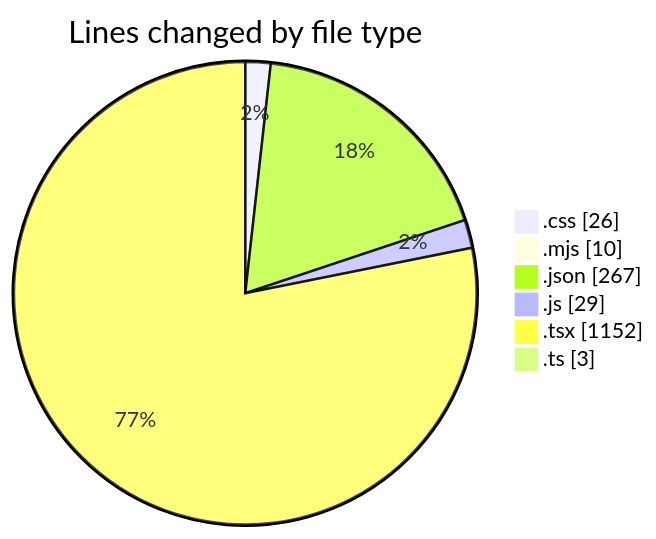
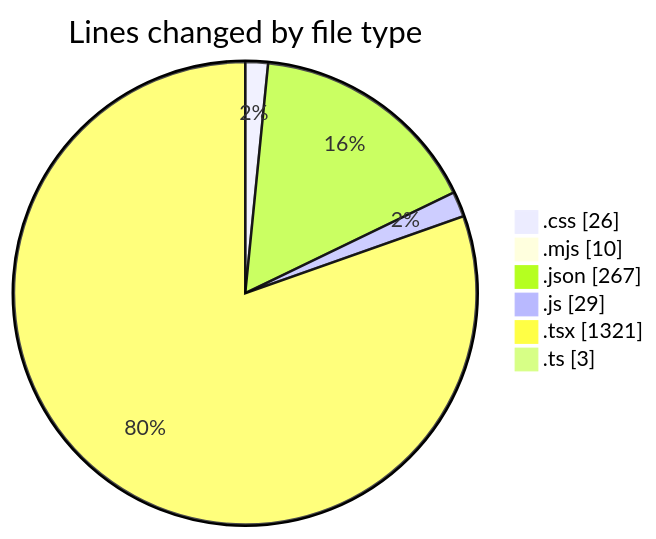
Before and after one commit to Ritupan-Deka/code-tracking: the first of 2 diagrams in 2025-06-23/scopecraft/README.md, drawn with Mermaid. The commit also changed other lines of this file and 1 other file, not shown here.

````diff
--- a/2025-06-23/scopecraft/README.md
+++ b/2025-06-23/scopecraft/README.md
@@ -42,10 +45,10 @@
 ```mermaid
 pie showData
 title Lines changed by file type
 ".css" : 26
 ".mjs" : 10
 ".json" : 267
 ".js" : 29
-".tsx" : 1152
+".tsx" : 1321
 ".ts" : 3
 ```
````
